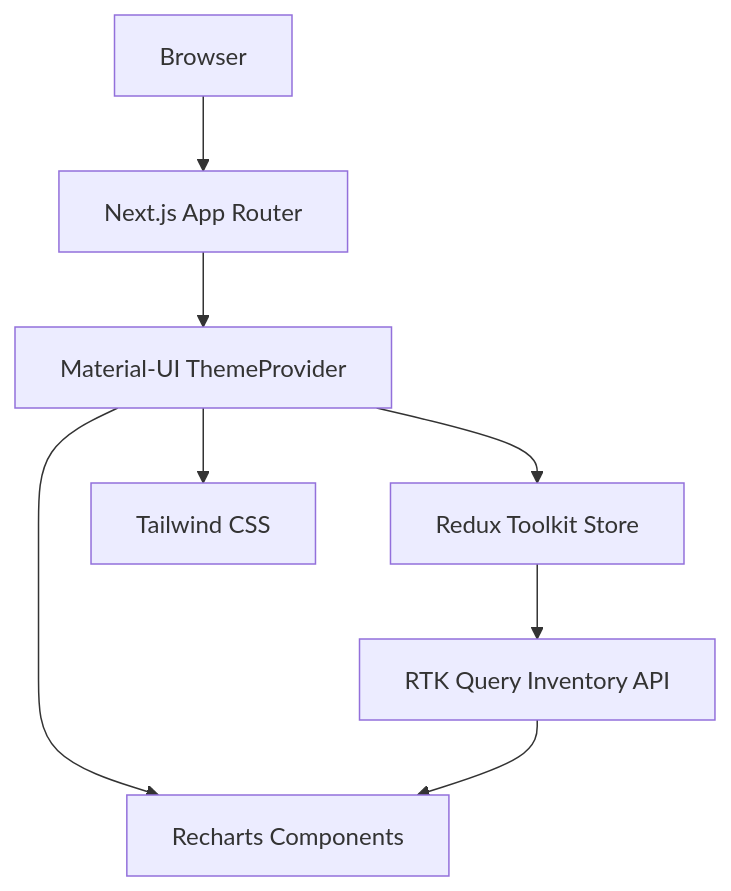
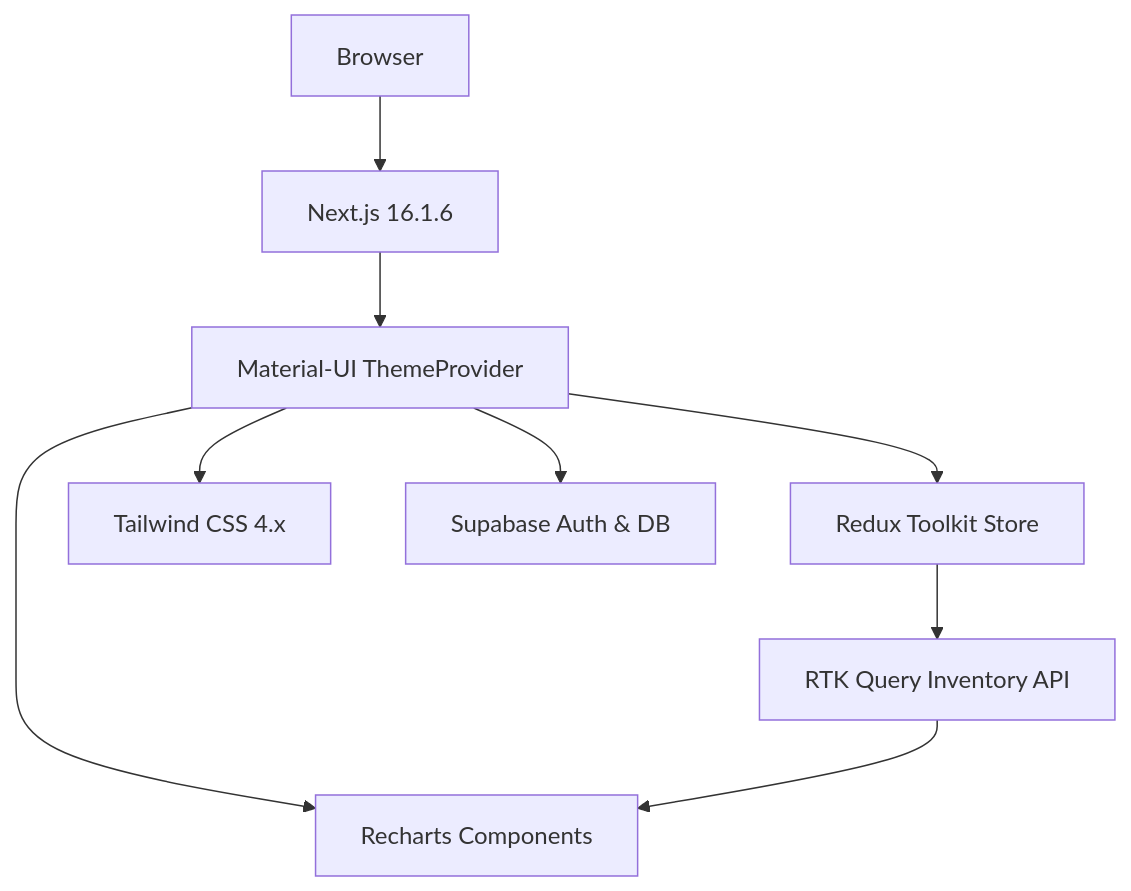
One commit to cacamarica/dashboard-ai changed the second of 10 diagrams in .qoder/repowiki/en/content/Project Overview/Technology Stack.md. Above: the diagram before and after it, drawn with Mermaid. The commit also changed other lines of this file and 14 other files, not shown here.

````diff
--- a/.qoder/repowiki/en/content/Project Overview/Technology Stack.md
+++ b/.qoder/repowiki/en/content/Project Overview/Technology Stack.md
@@ -182,17 +200,19 @@
 ```mermaid
 graph TB
 CLIENT["Browser"]
-NEXT["Next.js App Router"]
+NEXT["Next.js 16.1.6"]
 THEME["Material-UI ThemeProvider"]
 REDUX["Redux Toolkit Store"]
 RTKQ["RTK Query Inventory API"]
 CHARTS["Recharts Components"]
-TAILWIND["Tailwind CSS"]
+TAILWIND["Tailwind CSS 4.x"]
+SUPABASE["Supabase Auth & DB"]
 CLIENT --> NEXT
 NEXT --> THEME
 THEME --> REDUX
 REDUX --> RTKQ
 THEME --> CHARTS
 THEME --> TAILWIND
 RTKQ --> CHARTS
+THEME --> SUPABASE
 ```
````
